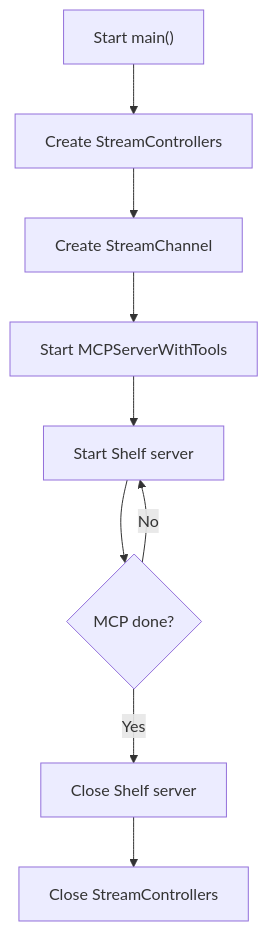
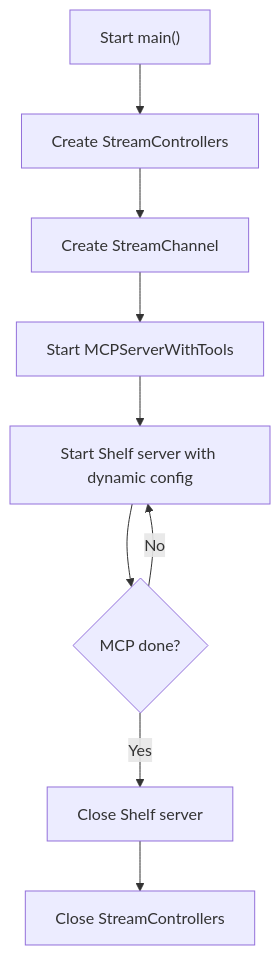
The seventh of 11 diagrams in .qoder/repowiki/en/content/Transport Implementations/HTTP Transport.md (cdavis-code/easy_mcp_workspace), drawn with Mermaid before and after one commit. The commit also changed other lines of this file and 14 other files, not shown here.

````diff
--- a/.qoder/repowiki/en/content/Transport Implementations/HTTP Transport.md
+++ b/.qoder/repowiki/en/content/Transport Implementations/HTTP Transport.md
@@ -219,11 +275,11 @@
 ```mermaid
 flowchart TD
 A["Start main()"] --> B["Create StreamControllers"]
 B --> C["Create StreamChannel"]
 C --> D["Start MCPServerWithTools"]
-D --> E["Start Shelf server"]
+D --> E["Start Shelf server with dynamic config"]
 E --> F{"MCP done?"}
 F --> |No| E
 F --> |Yes| G["Close Shelf server"]
 G --> H["Close StreamControllers"]
 ```
````
